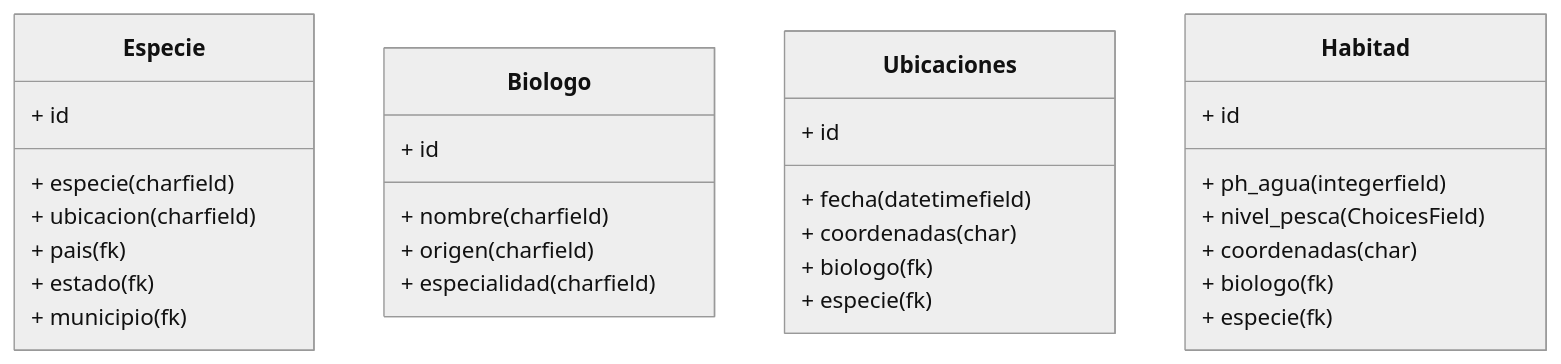
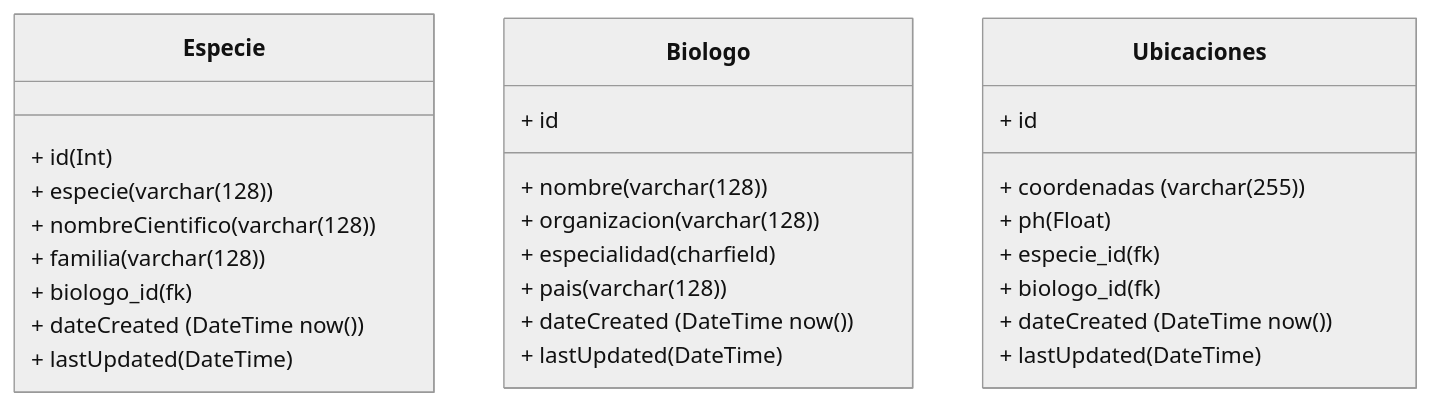
One commit to JosafatJimenezB/HacktTheOcean-Hackaton changed the diagram in readme.md. Above: the diagram before and after it, drawn with Mermaid (neutral theme).

Commit message:
actualizacion de tablas de la BD en readme.md

````diff
--- a/readme.md
+++ b/readme.md
@@ -42,32 +42,31 @@
 ```mermaid
  classDiagram
       class Especie{
-          + id
-          + especie(charfield)
-          + ubicacion(charfield)
-          + pais(fk)
-          + estado(fk)
-          + municipio(fk)
+          + id (Int)
+          + especie(varchar(128))
+          + nombreCientifico(varchar(128))
+          + familia(varchar(128))
+          + biologo_id(fk)
+          + dateCreated (DateTime now())
+          + lastUpdated (DateTime)
       }
       class Biologo{
           + id
-          + nombre(charfield)
-          + origen(charfield)
+          + nombre(varchar(128))
+          + organizacion(varchar(128))
           + especialidad(charfield)
+          + pais(varchar(128))
+          + dateCreated (DateTime now())
+          + lastUpdated (DateTime)
       }
       class Ubicaciones{
           + id
-          + fecha(datetimefield)
-          + coordenadas(char)
-          + biologo(fk)
-          + especie(fk)
+          + coordenadas (varchar(255))
+          + ph(Float)
+          + especie_id(fk)
+          + biologo_id(fk)
+          + dateCreated (DateTime now())
+          + lastUpdated (DateTime)
       }
-      class Habitad{
-          + id
-          + ph_agua(integerfield)
-          + nivel_pesca(ChoicesField)
-          + coordenadas(char)
-          + biologo(fk)
-          + especie(fk)
-      }
+      
 ```
````
